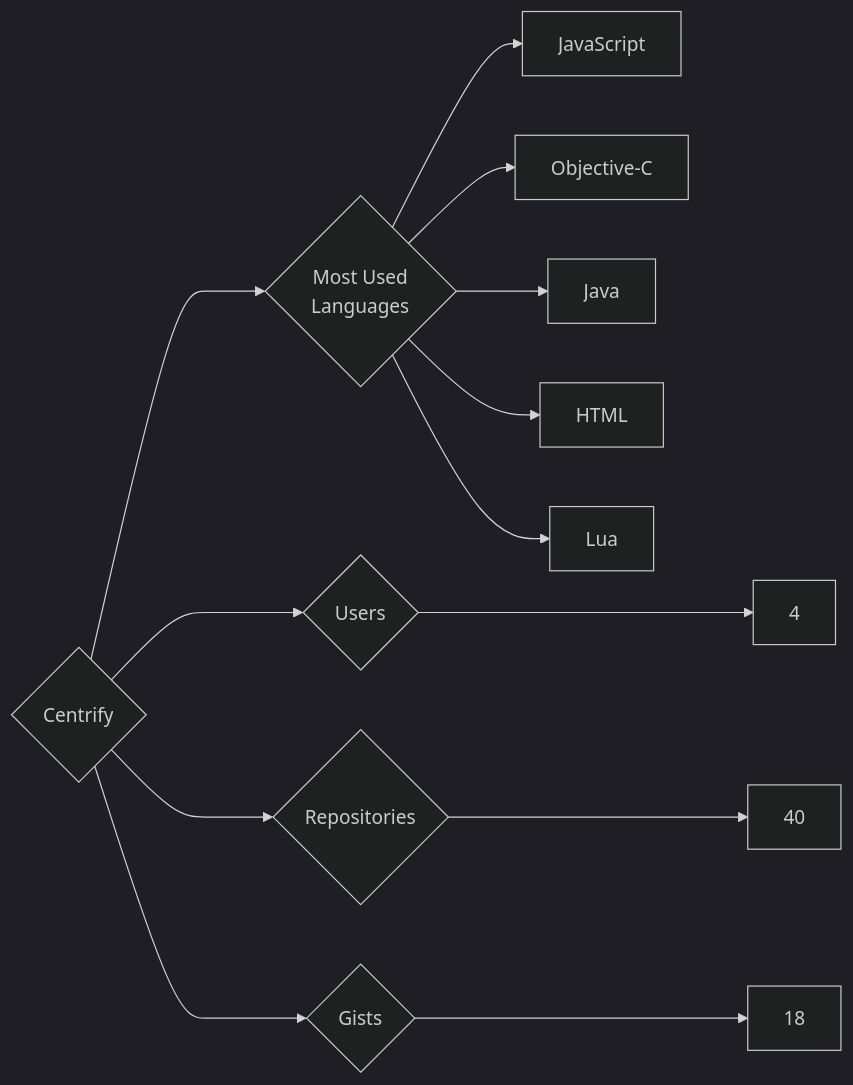
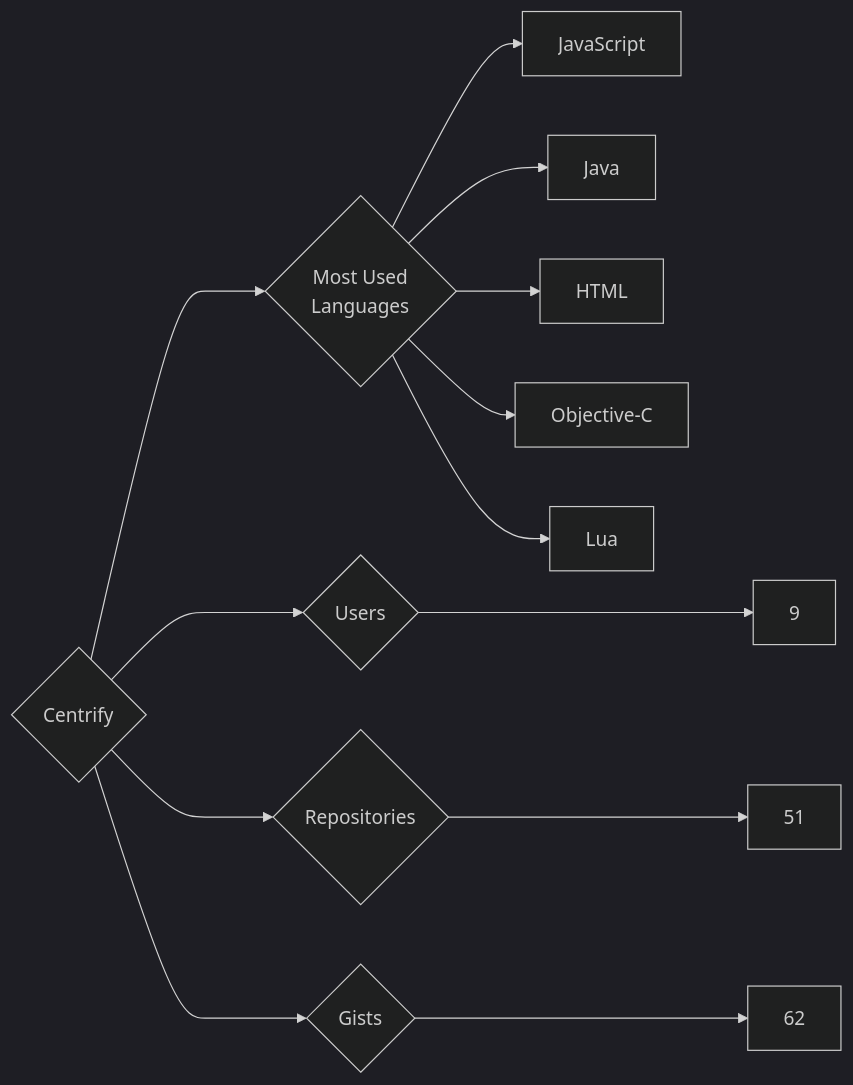
The diagram in targets/Centrify/README.md (trickest/insiders), drawn with Mermaid (dark theme) before and after one commit. The commit also changed 859 other files, not shown here.

````diff
--- a/targets/Centrify/README.md
+++ b/targets/Centrify/README.md
@@ -3,13 +3,13 @@
 ```mermaid
 graph LR
 COMPANY_NAME{Centrify}
-COMPANY_NAME ---> U{Users} ---> UN[4]
-COMPANY_NAME ---> R{Repositories} ---> RN[40]
-COMPANY_NAME ---> G{Gists} ---> GN[18]
+COMPANY_NAME ---> U{Users} ---> UN[9]
+COMPANY_NAME ---> R{Repositories} ---> RN[51]
+COMPANY_NAME ---> G{Gists} ---> GN[62]
 COMPANY_NAME ---> ML{Most Used<br>Languages}
 ML --> JavaScript[JavaScript]
-ML --> Objective-C[Objective-C]
 ML --> Java[Java]
 ML --> HTML[HTML]
+ML --> Objective-C[Objective-C]
 ML --> Lua[Lua]
 ```
````
